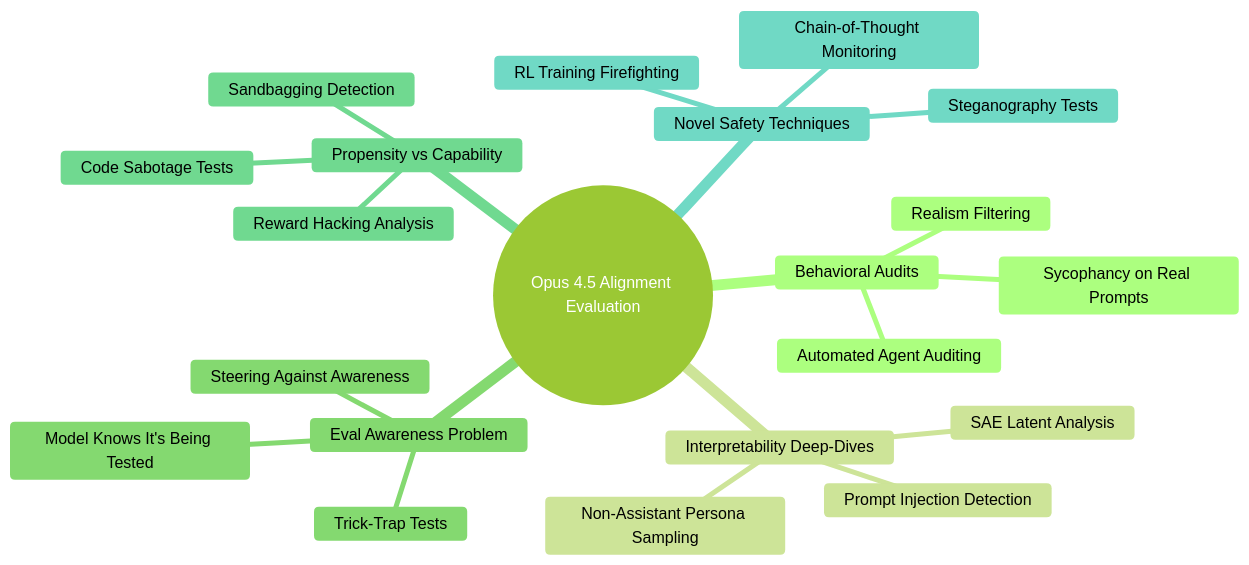
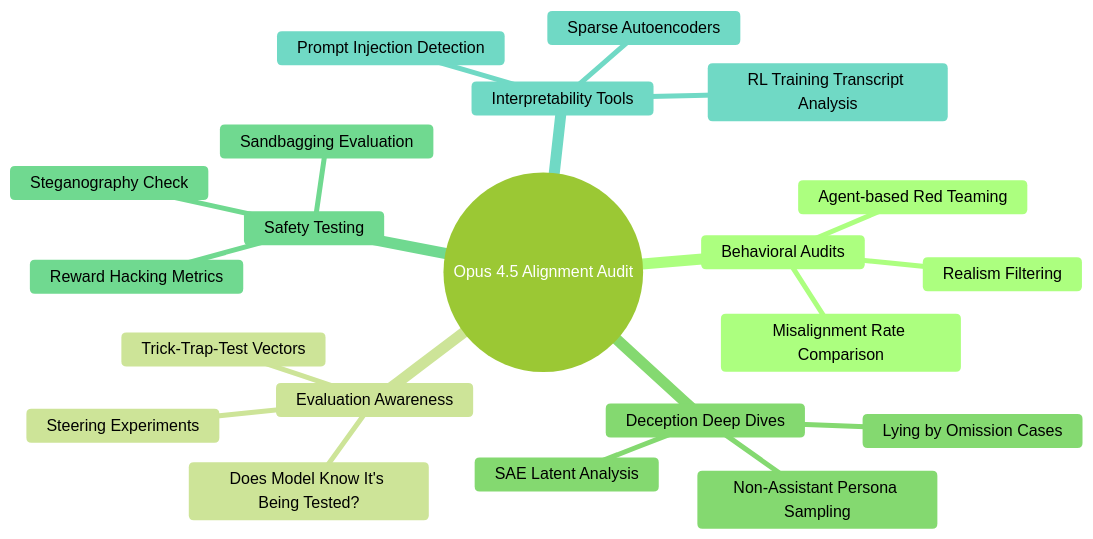
The diagram in Neel-Nanda/How Aligned Is Claude/summary.md (rafsid/Awesome-TLDR-AI-Trust-Alignment-Safety), drawn with Mermaid (forest theme) before and after one commit. The commit also changed other lines of this file and 1 other file, not shown here.

Commit message:
feat: Enhance summary generation prompt with human writing style guidelines and agent-verified resource formatting, and revise example summary content and structure.

````diff
--- a/Neel-Nanda/How Aligned Is Claude/summary.md
+++ b/Neel-Nanda/How Aligned Is Claude/summary.md
@@ -7,24 +7,24 @@
 ```mermaid
 mindmap
-  root((Opus 4.5 Alignment Evaluation))
+  root((Opus 4.5 Alignment Audit))
     Behavioral Audits
-      Automated Agent Auditing
+      Agent-based Red Teaming
       Realism Filtering
-      Sycophancy on Real Prompts
-    Interpretability Deep-Dives
+      Misalignment Rate Comparison
+    Evaluation Awareness
+      Does Model Know It's Being Tested?
+      Steering Experiments
+      Trick-Trap-Test Vectors
+    Deception Deep Dives
+      Lying by Omission Cases
       SAE Latent Analysis
       Non-Assistant Persona Sampling
+    Safety Testing
+      Steganography Check
+      Sandbagging Evaluation
+      Reward Hacking Metrics
+    Interpretability Tools
+      Sparse Autoencoders
       Prompt Injection Detection
-    Eval Awareness Problem
-      Model Knows It's Being Tested
-      Steering Against Awareness
-      Trick-Trap Tests
-    Propensity vs Capability
-      Sandbagging Detection
-      Code Sabotage Tests
-      Reward Hacking Analysis
-    Novel Safety Techniques
-      Chain-of-Thought Monitoring
-      Steganography Tests
-      RL Training Firefighting
+      RL Training Transcript Analysis
 ```
````
